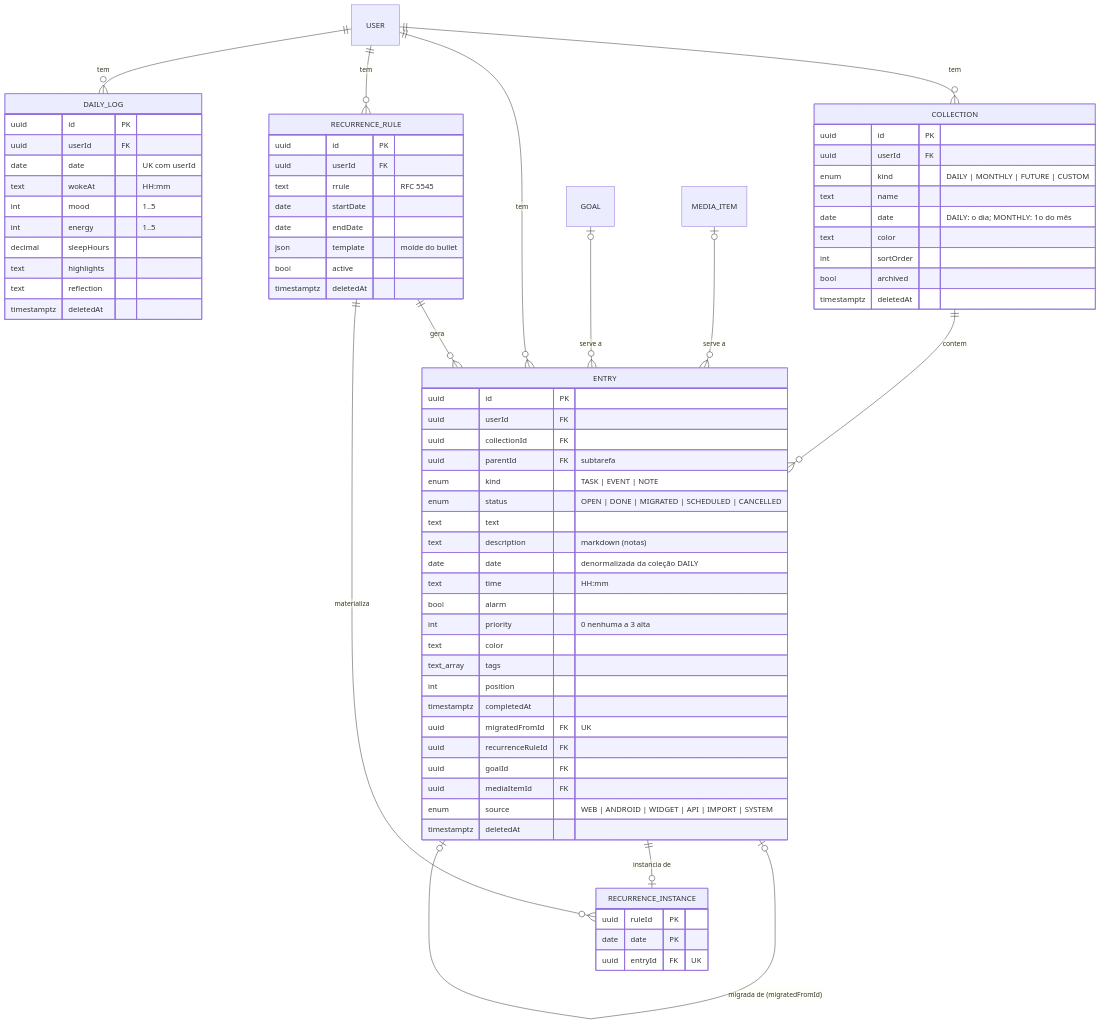
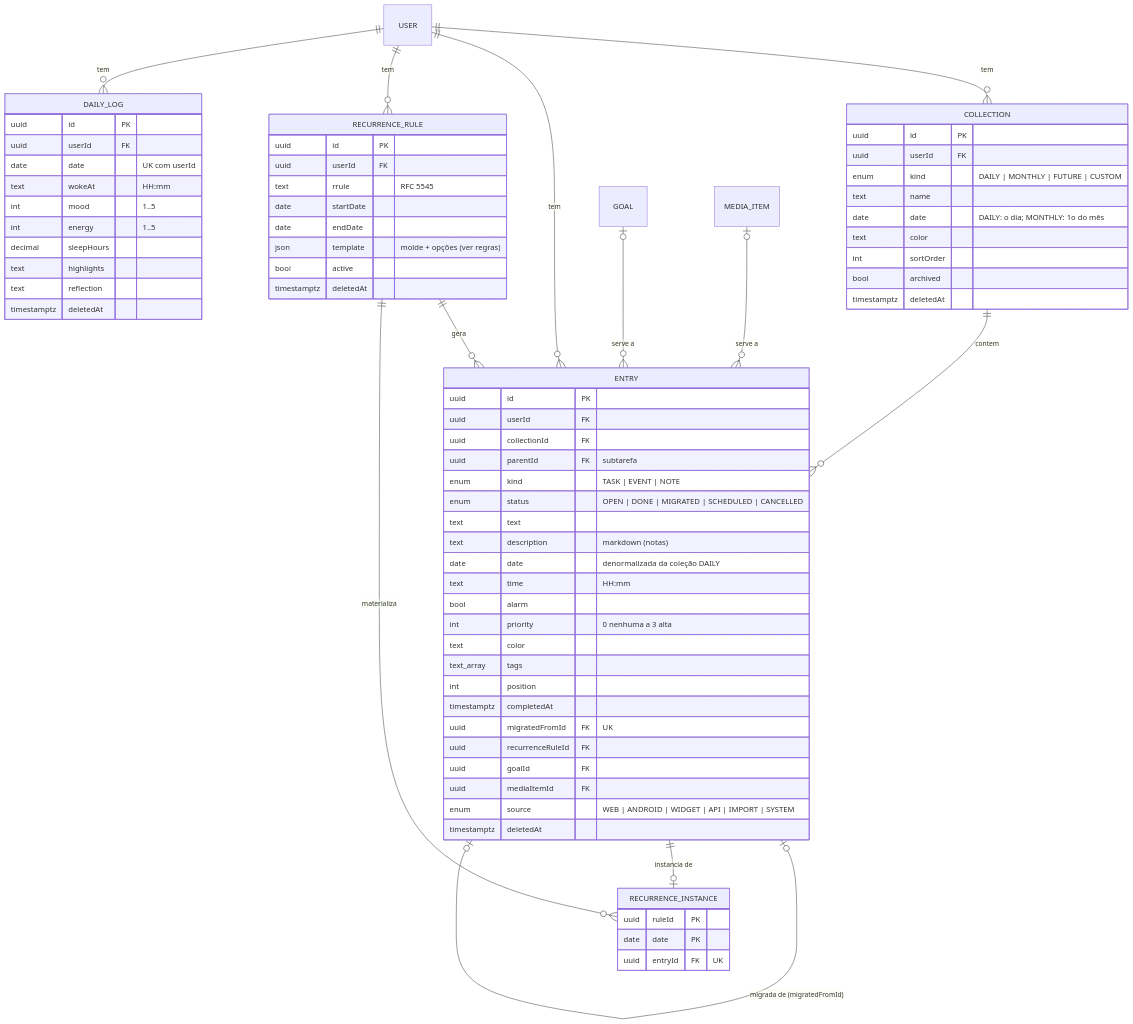
One commit to AndreRenatoMenezes/indice changed the diagram in .claude/specs/schema.md. Above: the diagram before and after it, drawn with Mermaid. The commit also changed other lines of this file and 5 other files, not shown here.

````diff
--- a/.claude/specs/schema.md
+++ b/.claude/specs/schema.md
@@ -25,82 +25,82 @@
 ```mermaid
 erDiagram
     USER ||--o{ COLLECTION : tem
     USER ||--o{ ENTRY : tem
     USER ||--o{ RECURRENCE_RULE : tem
     USER ||--o{ DAILY_LOG : tem
     COLLECTION ||--o{ ENTRY : contem
     ENTRY ||--o{ ENTRY : "subtarefas (parentId)"
     ENTRY |o--o| ENTRY : "migrada de (migratedFromId)"
     RECURRENCE_RULE ||--o{ ENTRY : gera
     RECURRENCE_RULE ||--o{ RECURRENCE_INSTANCE : materializa
     ENTRY ||--o| RECURRENCE_INSTANCE : "instancia de"
     GOAL |o--o{ ENTRY : "serve a"
     MEDIA_ITEM |o--o{ ENTRY : "serve a"
 
     COLLECTION {
         uuid id PK
         uuid userId FK
         enum kind "DAILY | MONTHLY | FUTURE | CUSTOM"
         text name
         date date "DAILY: o dia; MONTHLY: 1o do mês"
         text color
         int sortOrder
         bool archived
         timestamptz deletedAt
     }
 
     ENTRY {
         uuid id PK
         uuid userId FK
         uuid collectionId FK
         uuid parentId FK "subtarefa"
         enum kind "TASK | EVENT | NOTE"
         enum status "OPEN | DONE | MIGRATED | SCHEDULED | CANCELLED"
         text text
         text description "markdown (notas)"
         date date "denormalizada da coleção DAILY"
         text time "HH:mm"
         bool alarm
         int priority "0 nenhuma a 3 alta"
         text color
         text_array tags
         int position
         timestamptz completedAt
         uuid migratedFromId FK "UK"
         uuid recurrenceRuleId FK
         uuid goalId FK
         uuid mediaItemId FK
         enum source "WEB | ANDROID | WIDGET | API | IMPORT | SYSTEM"
         timestamptz deletedAt
     }
 
     RECURRENCE_RULE {
         uuid id PK
         uuid userId FK
         text rrule "RFC 5545"
         date startDate
         date endDate
-        json template "molde do bullet"
+        json template "molde + opções (ver regras)"
         bool active
         timestamptz deletedAt
     }
 
     RECURRENCE_INSTANCE {
         uuid ruleId PK
         date date PK
         uuid entryId FK "UK"
     }
 
     DAILY_LOG {
         uuid id PK
         uuid userId FK
         date date "UK com userId"
         text wokeAt "HH:mm"
         int mood "1..5"
         int energy "1..5"
         decimal sleepHours
         text highlights
         text reflection
         timestamptz deletedAt
     }
 ```
````
